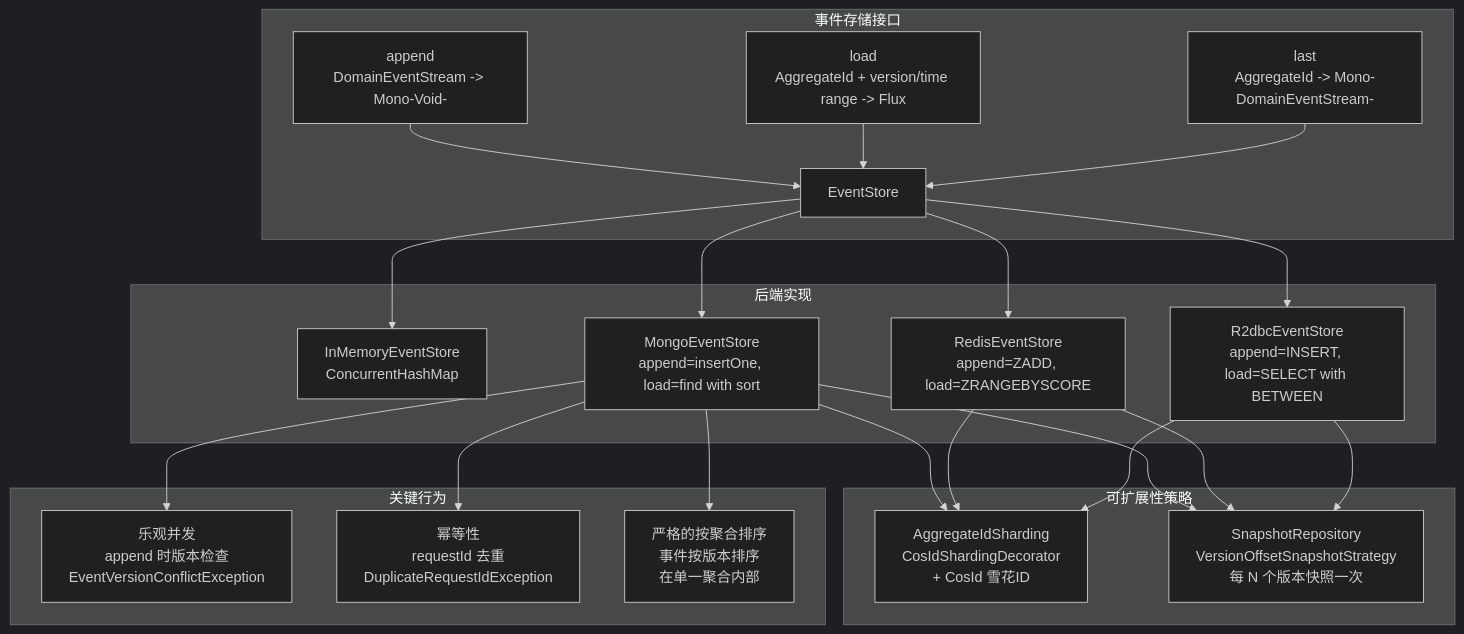
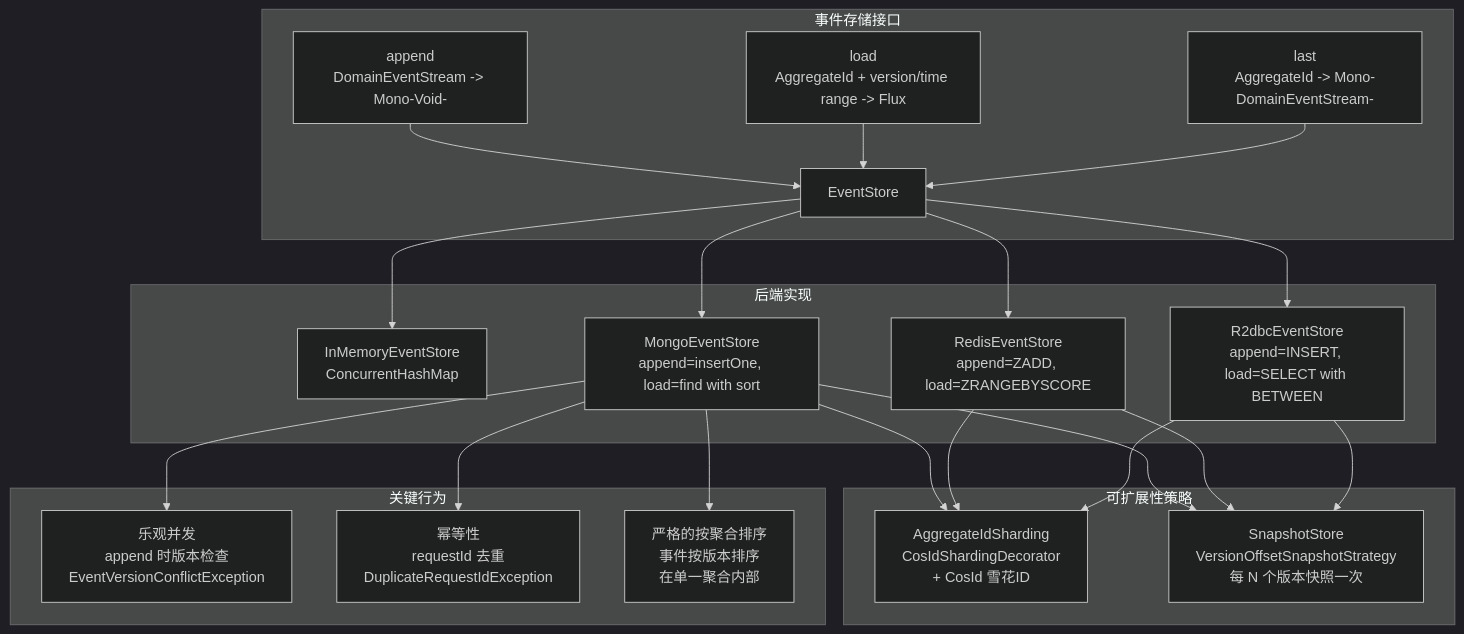
Before and after one commit to Ahoo-Wang/Wow: the fourth of 4 diagrams in documentation/docs/zh/onboarding/staff-engineer-guide.md, drawn with Mermaid (dark theme). The commit also changed other lines of this file and 36 other files, not shown here.

````diff
--- a/documentation/docs/zh/onboarding/staff-engineer-guide.md
+++ b/documentation/docs/zh/onboarding/staff-engineer-guide.md
@@ -498,45 +498,45 @@
 ```mermaid
 flowchart TB
     subgraph "事件存储接口"
         ESI[EventStore]
         API_A[append<br>DomainEventStream -> Mono-Void-]
         API_L[load<br>AggregateId + version/time range -> Flux]
         API_S[last<br>AggregateId -> Mono-DomainEventStream-]
     end
 
     subgraph "后端实现"
         IM[InMemoryEventStore<br>ConcurrentHashMap]
         MONGO_ES[MongoEventStore<br>append=insertOne, load=find with sort]
         REDIS_ES[RedisEventStore<br>append=ZADD, load=ZRANGEBYSCORE]
         R2DBC_ES[R2dbcEventStore<br>append=INSERT, load=SELECT with BETWEEN]
     end
 
     subgraph "可扩展性策略"
         SHARD[AggregateIdSharding<br>CosIdShardingDecorator<br>+ CosId 雪花ID]
-        SNAP[SnapshotRepository<br>VersionOffsetSnapshotStrategy<br>每 N 个版本快照一次]
+        SNAP[SnapshotStore<br>VersionOffsetSnapshotStrategy<br>每 N 个版本快照一次]
     end
 
     subgraph "关键行为"
         OPT[乐观并发<br>append 时版本检查<br>EventVersionConflictException]
         IDEM[幂等性<br>requestId 去重<br>DuplicateRequestIdException]
         ORD[严格的按聚合排序<br>事件按版本排序<br>在单一聚合内部]
     end
 
     API_A --> ESI
     API_L --> ESI
     API_S --> ESI
     ESI --> IM
     ESI --> MONGO_ES
     ESI --> REDIS_ES
     ESI --> R2DBC_ES
     MONGO_ES --> SHARD
     REDIS_ES --> SHARD
     R2DBC_ES --> SHARD
     MONGO_ES --> SNAP
     REDIS_ES --> SNAP
     R2DBC_ES --> SNAP
     MONGO_ES --> OPT
     MONGO_ES --> IDEM
     MONGO_ES --> ORD
 
 ```
````
